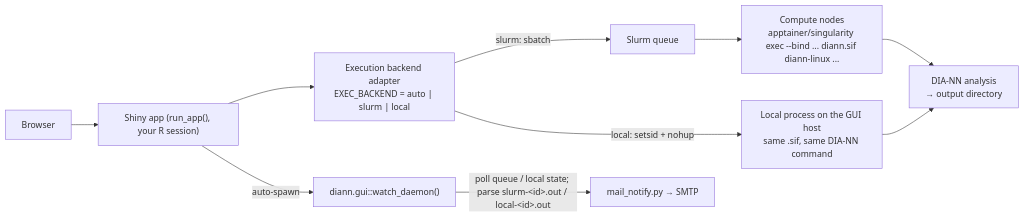
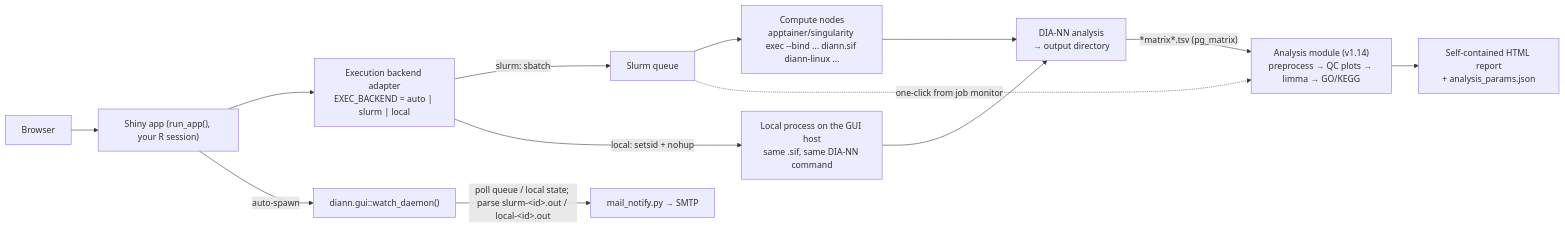
One commit to zhangdong360/diann-gui changed the diagram in README.md. Above: the diagram before and after it, drawn with Mermaid. The commit also changed other lines of this file and 3 other files, not shown here.

````diff
--- a/README.md
+++ b/README.md
@@ -121,12 +130,15 @@
 ```mermaid
 flowchart LR
     B[Browser] --> SS["Shiny app (run_app(), your R session)"]
     SS --> AD["Execution backend adapter<br/>EXEC_BACKEND = auto | slurm | local"]
     AD -->|"slurm: sbatch"| Q[Slurm queue]
     Q --> CN["Compute nodes<br/>apptainer/singularity exec --bind ... diann.sif diann-linux ..."]
     AD -->|"local: setsid + nohup"| LP["Local process on the GUI host<br/>same .sif, same DIA-NN command"]
     CN --> DN["DIA-NN analysis<br/>→ output directory"]
     LP --> DN
     SS -->|"auto-spawn"| W["diann.gui::watch_daemon()"]
     W -->|"poll queue / local state; parse slurm-&lt;id&gt;.out / local-&lt;id&gt;.out"| M["mail_notify.py → SMTP"]
+    DN -->|"*matrix*.tsv (pg_matrix)"| AN["Analysis module (v1.14)<br/>preprocess → QC plots → limma → GO/KEGG"]
+    AN --> RPT["Self-contained HTML report<br/>+ analysis_params.json"]
+    Q -.->|"one-click from job monitor"| AN
 ```
````
